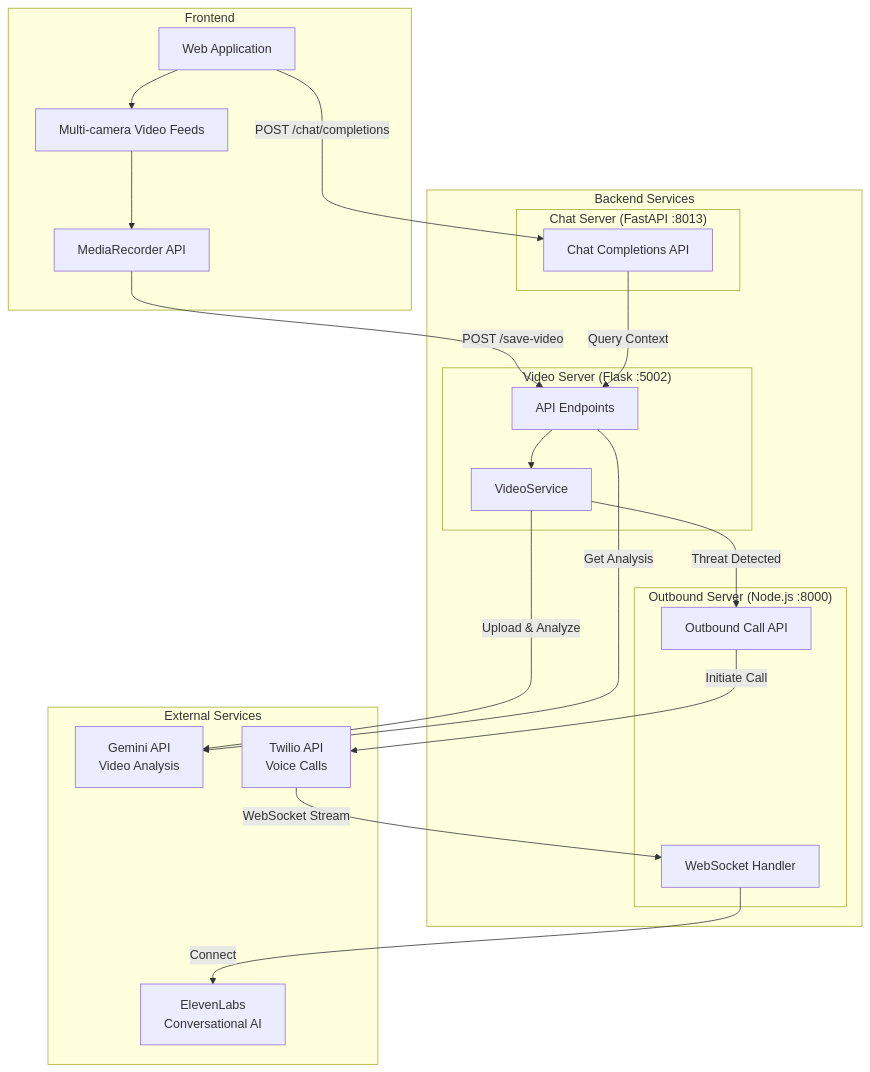
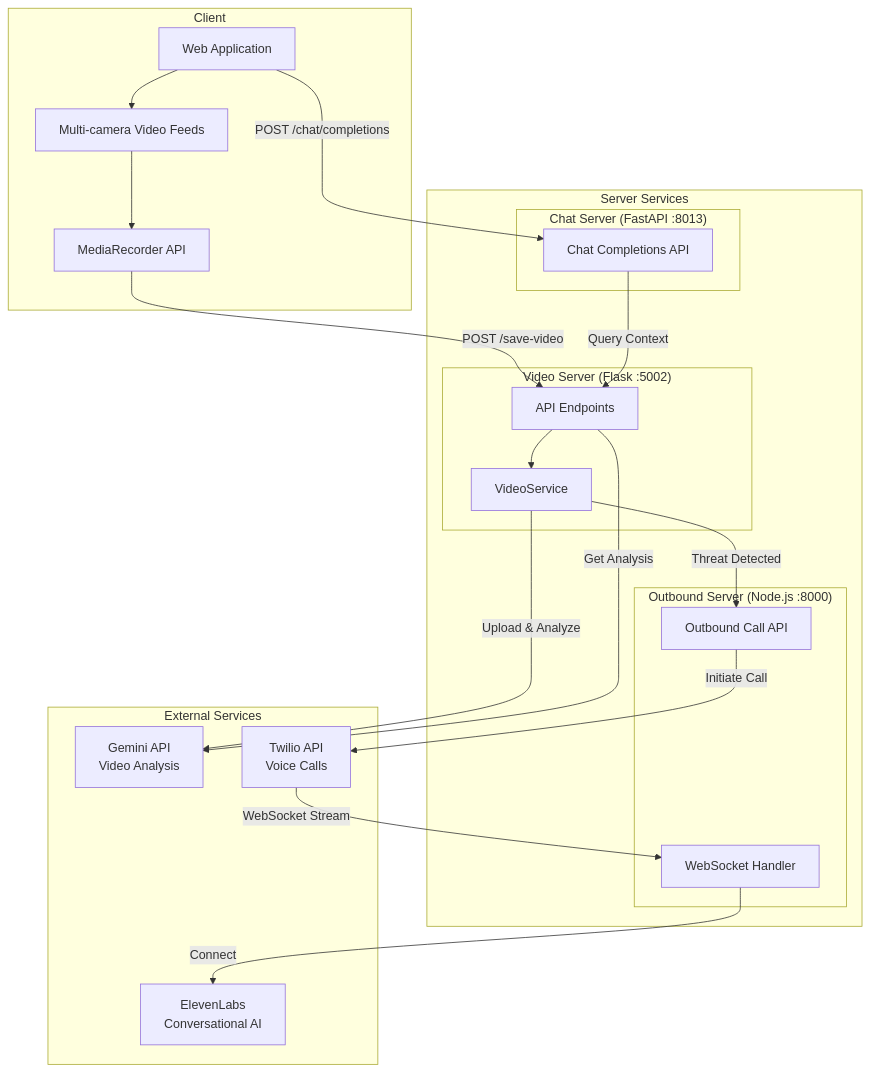
One commit to agamg/treehacks-clampsai changed the first of 5 diagrams in README.md. Above: the diagram before and after it, drawn with Mermaid. The commit also changed other lines of this file and 82 other files, not shown here.

````diff
--- a/README.md
+++ b/README.md
@@ -13,43 +13,43 @@
 ```mermaid
 graph TB
-    subgraph Frontend["Frontend"]
+    subgraph Client["Client"]
         UI[Web Application]
         Camera[Multi-camera Video Feeds]
         Recorder[MediaRecorder API]
     end
     
-    subgraph Backend["Backend Services"]
+    subgraph Server["Server Services"]
         subgraph VideoServer["Video Server (Flask :5002)"]
             VS_API[API Endpoints]
             VS_Service[VideoService]
         end
         
         subgraph ChatServer["Chat Server (FastAPI :8013)"]
             CS_API[Chat Completions API]
         end
         
         subgraph OutboundServer["Outbound Server (Node.js :8000)"]
             OS_API[Outbound Call API]
             OS_WS[WebSocket Handler]
         end
     end
     
     subgraph External["External Services"]
         Gemini[Gemini API<br/>Video Analysis]
         Twilio[Twilio API<br/>Voice Calls]
         ElevenLabs[ElevenLabs<br/>Conversational AI]
     end
     
     UI --> Camera
     Camera --> Recorder
     Recorder -->|POST /save-video| VS_API
     VS_API --> VS_Service
     VS_Service -->|Upload & Analyze| Gemini
     VS_Service -->|Threat Detected| OS_API
     OS_API -->|Initiate Call| Twilio
     Twilio -->|WebSocket Stream| OS_WS
     OS_WS -->|Connect| ElevenLabs
     UI -->|POST /chat/completions| CS_API
     CS_API -->|Query Context| VS_API
     VS_API -->|Get Analysis| Gemini
 ```
````
